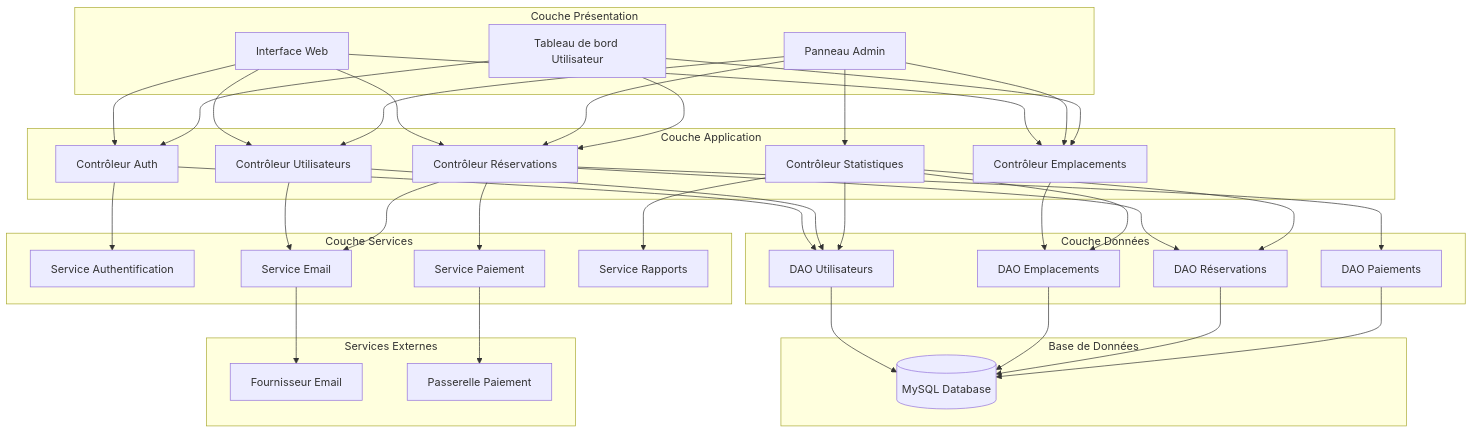
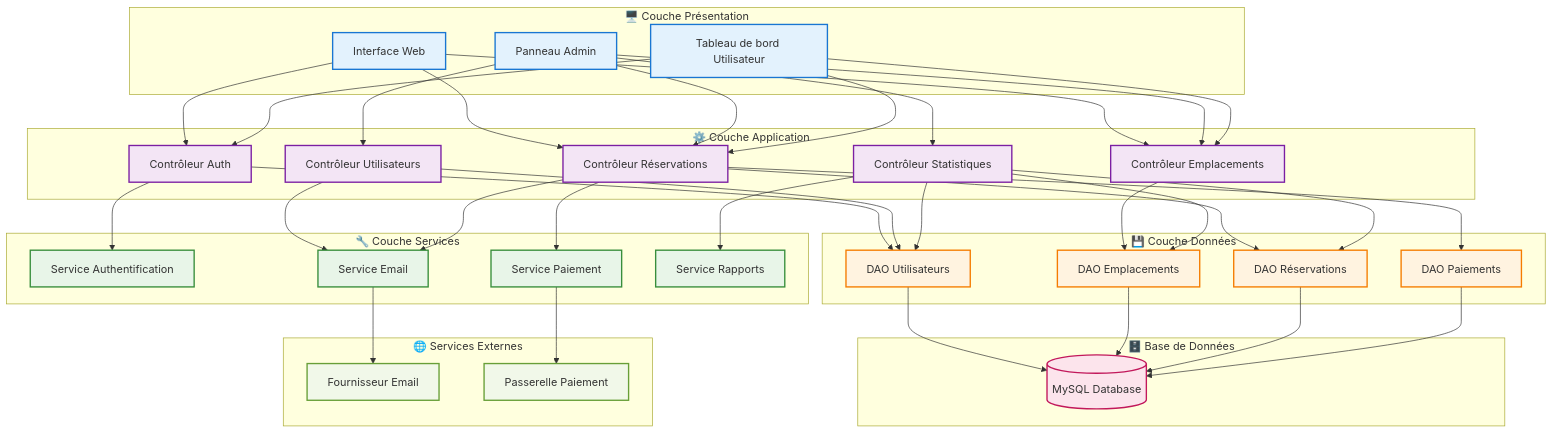
One commit to Ahmedchaqri21/marsa-maroc-stage changed the sixth of 7 diagrams in docs/UML_DIAGRAMS.md. Above: the diagram before and after it, drawn with Mermaid.

Commit message:
Simplify Component diagram and complete UML documentation

````diff
--- a/docs/UML_DIAGRAMS.md
+++ b/docs/UML_DIAGRAMS.md
@@ -476,81 +476,95 @@
 ```mermaid
 flowchart TB
-    subgraph "Couche Présentation"
+    subgraph "🖥️ Couche Présentation"
         WebUI[Interface Web]
         AdminPanel[Panneau Admin]
         UserDash[Tableau de bord Utilisateur]
     end
     
-    subgraph "Couche Application"
-        AuthController[Contrôleur Auth]
-        UserController[Contrôleur Utilisateurs]
-        EmplacementController[Contrôleur Emplacements]
-        ReservationController[Contrôleur Réservations]
-        StatsController[Contrôleur Statistiques]
+    subgraph "⚙️ Couche Application"
+        AuthCtrl[Contrôleur Auth]
+        UserCtrl[Contrôleur Utilisateurs]
+        EmplCtrl[Contrôleur Emplacements]
+        ReservCtrl[Contrôleur Réservations]
+        StatsCtrl[Contrôleur Statistiques]
     end
     
-    subgraph "Couche Services"
-        AuthService[Service Authentification]
-        EmailService[Service Email]
-        PaymentService[Service Paiement]
-        ReportService[Service Rapports]
+    subgraph "🔧 Couche Services"
+        AuthSvc[Service Authentification]
+        EmailSvc[Service Email]
+        PaySvc[Service Paiement]
+        ReportSvc[Service Rapports]
     end
     
-    subgraph "Couche Données"
+    subgraph "💾 Couche Données"
         UserDAO[DAO Utilisateurs]
-        EmplacementDAO[DAO Emplacements]
-        ReservationDAO[DAO Réservations]
-        PaymentDAO[DAO Paiements]
+        EmplDAO[DAO Emplacements]
+        ReservDAO[DAO Réservations]
+        PayDAO[DAO Paiements]
     end
     
-    subgraph "Base de Données"
+    subgraph "🗄️ Base de Données"
         MySQL[(MySQL Database)]
     end
     
-    subgraph "Services Externes"
+    subgraph "🌐 Services Externes"
         EmailProvider[Fournisseur Email]
-        PaymentGateway[Passerelle Paiement]
+        PaymentGW[Passerelle Paiement]
     end
     
-    %% Connexions Présentation -> Application
-    WebUI --> AuthController
-    WebUI --> UserController
-    WebUI --> EmplacementController
-    WebUI --> ReservationController
+    %% Connexions principales
+    WebUI --> AuthCtrl
+    WebUI --> EmplCtrl
+    WebUI --> ReservCtrl
     
-    AdminPanel --> UserController
-    AdminPanel --> EmplacementController
-    AdminPanel --> ReservationController
-    AdminPanel --> StatsController
+    AdminPanel --> UserCtrl
+    AdminPanel --> EmplCtrl
+    AdminPanel --> ReservCtrl
+    AdminPanel --> StatsCtrl
     
-    UserDash --> AuthController
-    UserDash --> ReservationController
-    UserDash --> EmplacementController
+    UserDash --> AuthCtrl
+    UserDash --> ReservCtrl
+    UserDash --> EmplCtrl
     
-    %% Connexions Application -> Services
-    AuthController --> AuthService
-    UserController --> EmailService
-    ReservationController --> EmailService
-    ReservationController --> PaymentService
-    StatsController --> ReportService
+    %% Services
+    AuthCtrl --> AuthSvc
+    UserCtrl --> EmailSvc
+    ReservCtrl --> EmailSvc
+    ReservCtrl --> PaySvc
+    StatsCtrl --> ReportSvc
     
-    %% Connexions Contrôleurs -> DAO
-    AuthController --> UserDAO
-    UserController --> UserDAO
-    EmplacementController --> EmplacementDAO
-    ReservationController --> ReservationDAO
-    ReservationController --> PaymentDAO
-    StatsController --> UserDAO
-    StatsController --> EmplacementDAO
-    StatsController --> ReservationDAO
+    %% Accès aux données
+    AuthCtrl --> UserDAO
+    UserCtrl --> UserDAO
+    EmplCtrl --> EmplDAO
+    ReservCtrl --> ReservDAO
+    ReservCtrl --> PayDAO
+    StatsCtrl --> UserDAO
+    StatsCtrl --> EmplDAO
+    StatsCtrl --> ReservDAO
     
-    %% Connexions DAO -> Base de données
+    %% Base de données
     UserDAO --> MySQL
-    EmplacementDAO --> MySQL
-    ReservationDAO --> MySQL
-    PaymentDAO --> MySQL
+    EmplDAO --> MySQL
+    ReservDAO --> MySQL
+    PayDAO --> MySQL
     
-    %% Connexions Services -> Externes
-    EmailService --> EmailProvider
-    PaymentService --> PaymentGateway
+    %% Services externes
+    EmailSvc --> EmailProvider
+    PaySvc --> PaymentGW
+    
+    %% Styles
+    classDef presentation fill:#e3f2fd,stroke:#1976d2,stroke-width:2px
+    classDef application fill:#f3e5f5,stroke:#7b1fa2,stroke-width:2px
+    classDef service fill:#e8f5e8,stroke:#388e3c,stroke-width:2px
+    classDef data fill:#fff3e0,stroke:#f57c00,stroke-width:2px
+    classDef database fill:#fce4ec,stroke:#c2185b,stroke-width:2px
+    classDef external fill:#f1f8e9,stroke:#689f38,stroke-width:2px
+    
+    class WebUI,AdminPanel,UserDash presentation
+    class AuthCtrl,UserCtrl,EmplCtrl,ReservCtrl,StatsCtrl application
+    class AuthSvc,EmailSvc,PaySvc,ReportSvc service
+    class UserDAO,EmplDAO,ReservDAO,PayDAO data
+    class MySQL database
+    class EmailProvider,PaymentGW external
 ```
````
